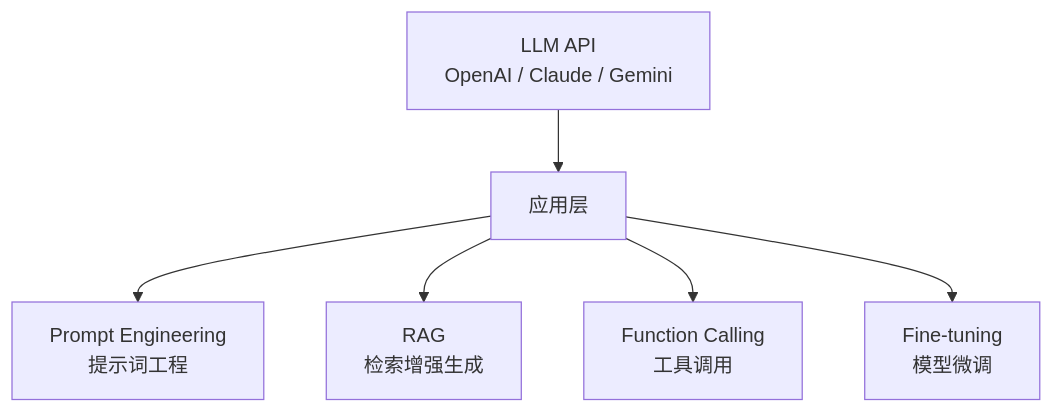
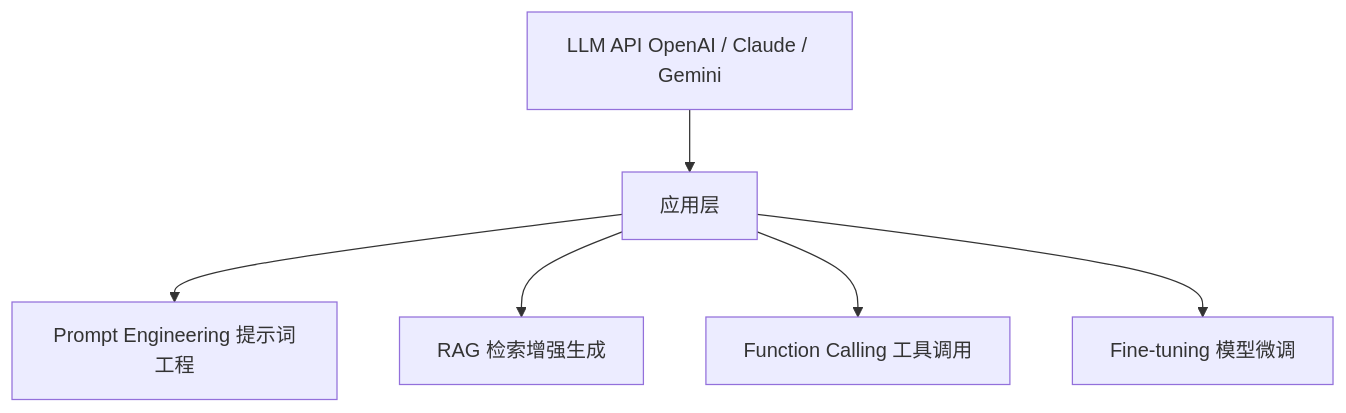
Before and after one commit to ildream/learnAI: the eighth of 9 diagrams in docs/ai-fundamentals/index.md, drawn with Mermaid. The commit also changed other lines of this file and 2 other files, not shown here.

Commit message:
fix: remove all \n from mermaid diagrams

````diff
--- a/docs/ai-fundamentals/index.md
+++ b/docs/ai-fundamentals/index.md
@@ -235,8 +235,8 @@
 ```mermaid
 graph TB
-    A[LLM API\nOpenAI / Claude / Gemini] --> B[应用层]
-    B --> C[Prompt Engineering\n提示词工程]
-    B --> D[RAG\n检索增强生成]
-    B --> E[Function Calling\n工具调用]
-    B --> F[Fine-tuning\n模型微调]
+    A[LLM API OpenAI / Claude / Gemini] --> B[应用层]
+    B --> C[Prompt Engineering 提示词工程]
+    B --> D[RAG 检索增强生成]
+    B --> E[Function Calling 工具调用]
+    B --> F[Fine-tuning 模型微调]
 ```
````
